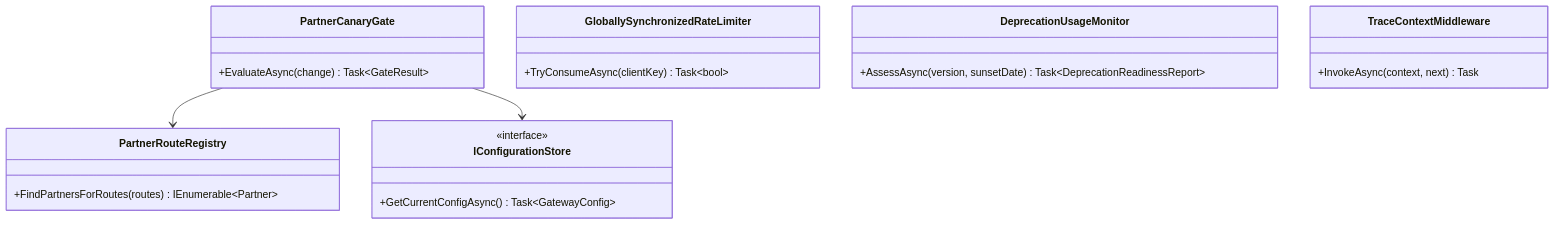
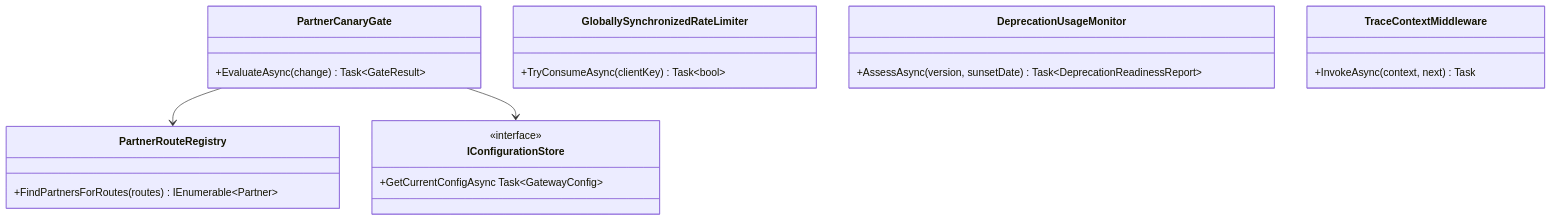
Before and after one commit to umashankarp/InterviewQuestions: the third of 3 diagrams in 38-API-Gateway/02-Capstone-ProductionScaleGatewayConsolidation-MultiRegion-VersionLifecycle.md, drawn with Mermaid. The commit also changed other lines of this file and 173 other files, not shown here.

````diff
--- a/38-API-Gateway/02-Capstone-ProductionScaleGatewayConsolidation-MultiRegion-VersionLifecycle.md
+++ b/38-API-Gateway/02-Capstone-ProductionScaleGatewayConsolidation-MultiRegion-VersionLifecycle.md
@@ -506,25 +506,25 @@
 ```mermaid
 classDiagram
-    class IConfigurationStore {
-        <<interface>>
-        +GetCurrentConfigAsync() Task~GatewayConfig~
-    }
-    class PartnerCanaryGate {
-        +EvaluateAsync(change) Task~GateResult~
-    }
-    class PartnerRouteRegistry {
-        +FindPartnersForRoutes(routes) IEnumerable~Partner~
-    }
-    class GloballySynchronizedRateLimiter {
-        +TryConsumeAsync(clientKey) Task~bool~
-    }
-    class DeprecationUsageMonitor {
-        +AssessAsync(version, sunsetDate) Task~DeprecationReadinessReport~
-    }
-    class TraceContextMiddleware {
-        +InvokeAsync(context, next) Task
-    }
+ class IConfigurationStore {
+ <<interface>>
+ +GetCurrentConfigAsync Task~GatewayConfig~
+ }
+ class PartnerCanaryGate {
+ +EvaluateAsync(change) Task~GateResult~
+ }
+ class PartnerRouteRegistry {
+ +FindPartnersForRoutes(routes) IEnumerable~Partner~
+ }
+ class GloballySynchronizedRateLimiter {
+ +TryConsumeAsync(clientKey) Task~bool~
+ }
+ class DeprecationUsageMonitor {
+ +AssessAsync(version, sunsetDate) Task~DeprecationReadinessReport~
+ }
+ class TraceContextMiddleware {
+ +InvokeAsync(context, next) Task
+ }
 
-    PartnerCanaryGate --> PartnerRouteRegistry
-    PartnerCanaryGate --> IConfigurationStore
+ PartnerCanaryGate --> PartnerRouteRegistry
+ PartnerCanaryGate --> IConfigurationStore
 ```
````
